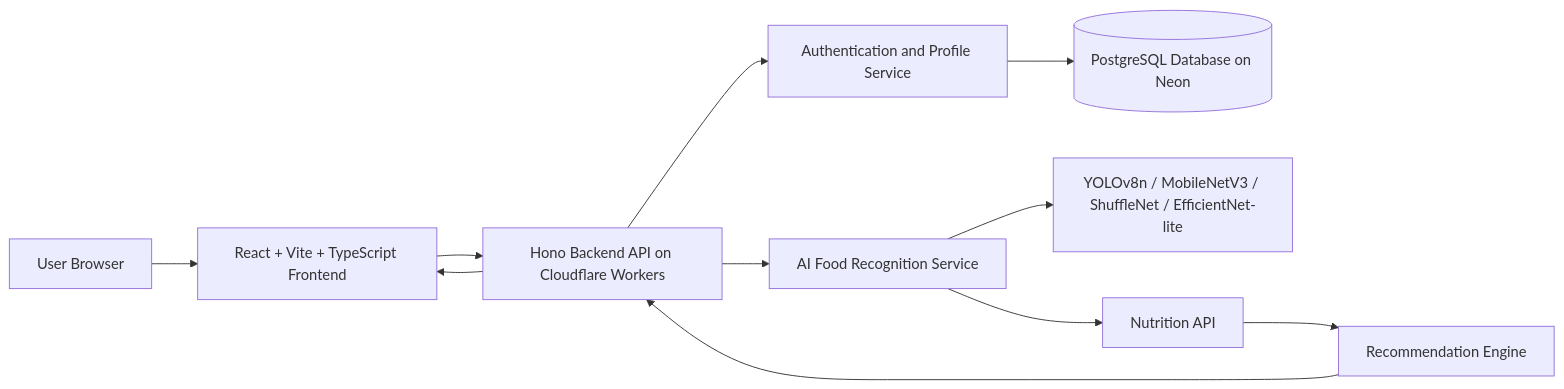
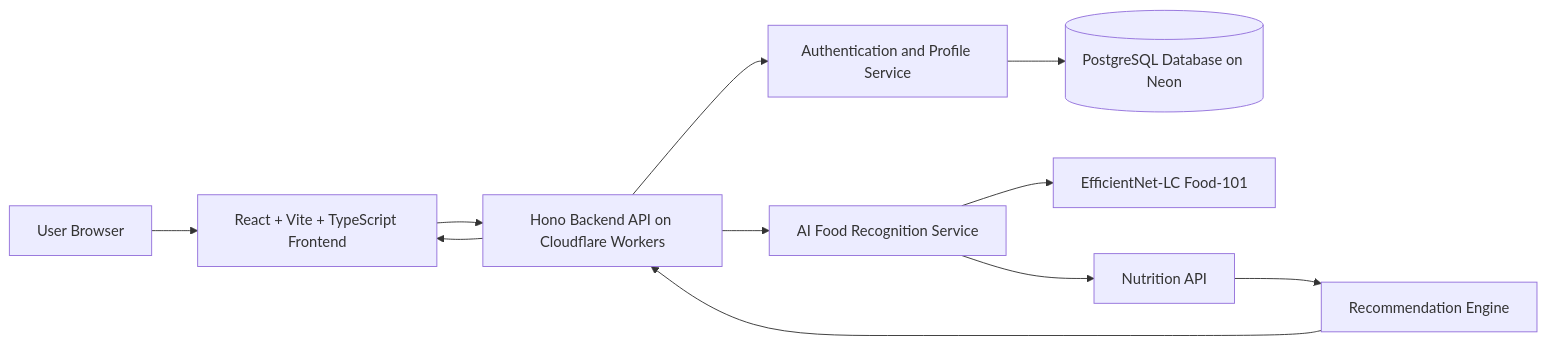
The third of 6 diagrams in designs/design.md (Tamal-11/cse4104-7a-t03-nutrilens), drawn with Mermaid before and after one commit. The commit also changed other lines of this file and 22 other files, not shown here.

````diff
--- a/designs/design.md
+++ b/designs/design.md
@@ -140,13 +140,13 @@
 ```mermaid
 flowchart LR
     U[User Browser] --> FE[React + Vite + TypeScript Frontend]
     FE --> API[Hono Backend API on Cloudflare Workers]
     API --> AUTH[Authentication and Profile Service]
     AUTH --> DB[(PostgreSQL Database on Neon)]
     API --> AI[AI Food Recognition Service]
-    AI --> MODEL[YOLOv8n / MobileNetV3 / ShuffleNet / EfficientNet-lite]
+    AI --> MODEL[EfficientNet-LC Food-101]
     AI --> NAPI[Nutrition API]
     NAPI --> REC[Recommendation Engine]
     REC --> API
     API --> FE
 ```
````
